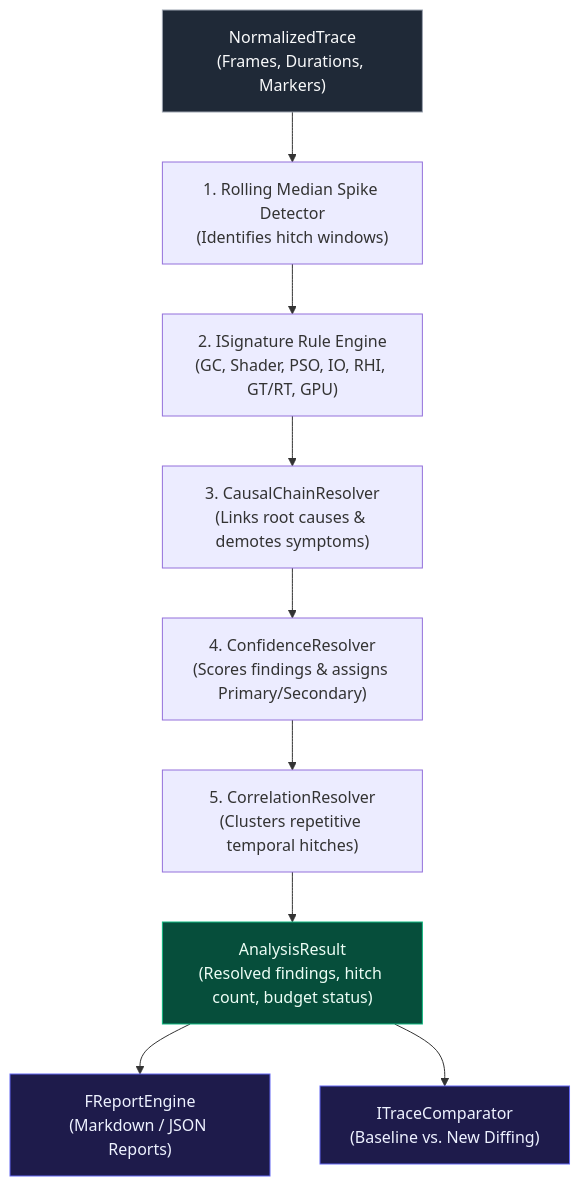
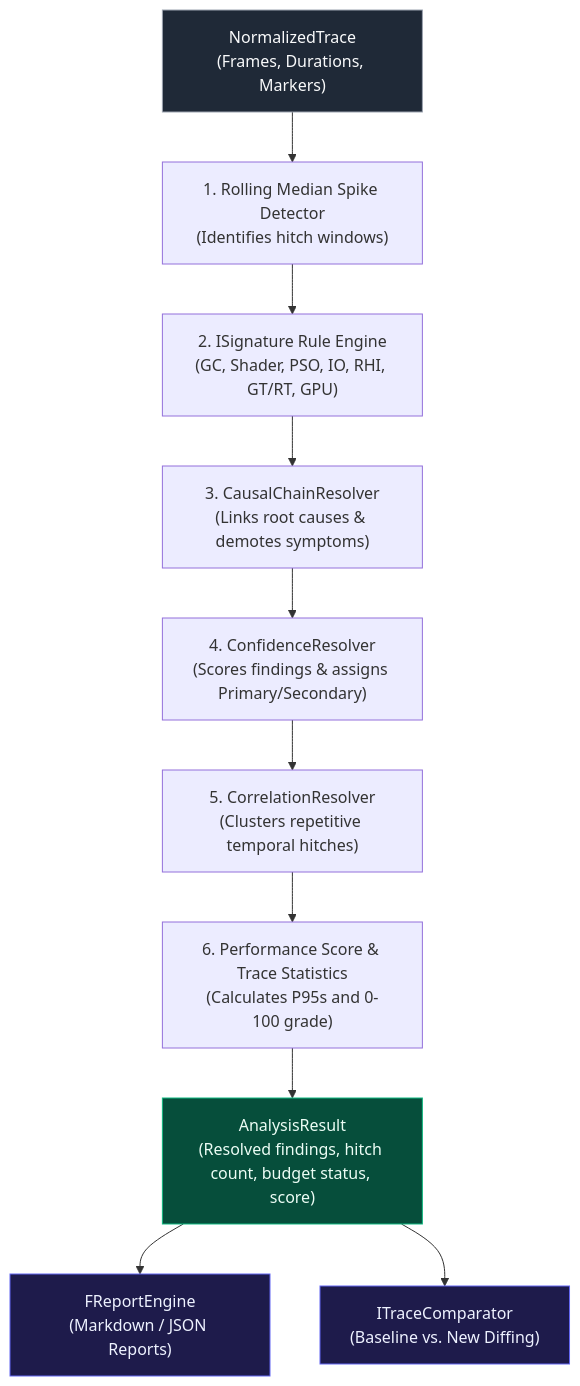
Before and after one commit to DarwinStylish/Riva: the second of 2 diagrams in docs/architecture/system-overview.md, drawn with Mermaid. The commit also changed other lines of this file and 47 other files, not shown here.

````diff
--- a/docs/architecture/system-overview.md
+++ b/docs/architecture/system-overview.md
@@ -58,16 +62,17 @@
 ```mermaid
 flowchart TD
     A["NormalizedTrace<br/>(Frames, Durations, Markers)"] --> B["1. Rolling Median Spike Detector<br/>(Identifies hitch windows)"]
     B --> C["2. ISignature Rule Engine<br/>(GC, Shader, PSO, IO, RHI, GT/RT, GPU)"]
     C --> D["3. CausalChainResolver<br/>(Links root causes & demotes symptoms)"]
     D --> E["4. ConfidenceResolver<br/>(Scores findings & assigns Primary/Secondary)"]
     E --> F["5. CorrelationResolver<br/>(Clusters repetitive temporal hitches)"]
-    F --> G["AnalysisResult<br/>(Resolved findings, hitch count, budget status)"]
+    F --> S["6. Performance Score & Trace Statistics<br/>(Calculates P95s and 0-100 grade)"]
+    S --> G["AnalysisResult<br/>(Resolved findings, hitch count, budget status, score)"]
     G --> H1["FReportEngine<br/>(Markdown / JSON Reports)"]
     G --> H2["ITraceComparator<br/>(Baseline vs. New Diffing)"]
 
     style A fill:#1F2937,stroke:#9CA3AF,color:#F9FAFB
     style G fill:#064E3B,stroke:#10B981,color:#ECFDF5
     style H1 fill:#1E1B4B,stroke:#6366F1,color:#EEF2FF
     style H2 fill:#1E1B4B,stroke:#6366F1,color:#EEF2FF
 ```
````
